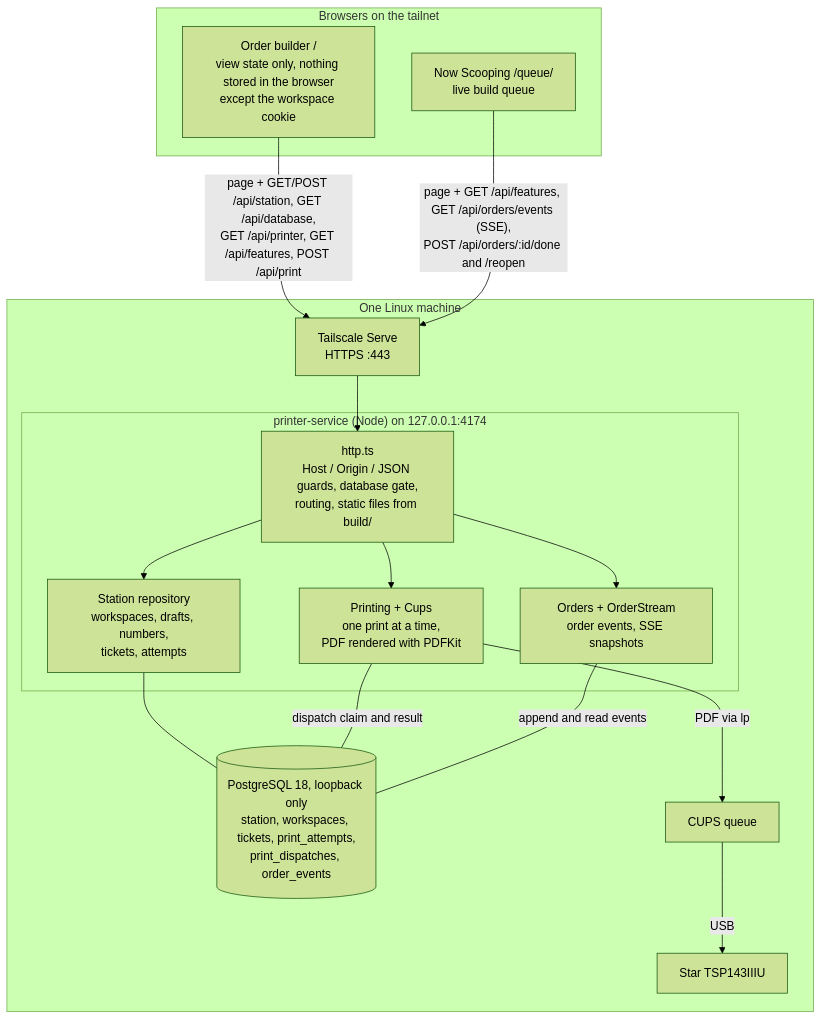
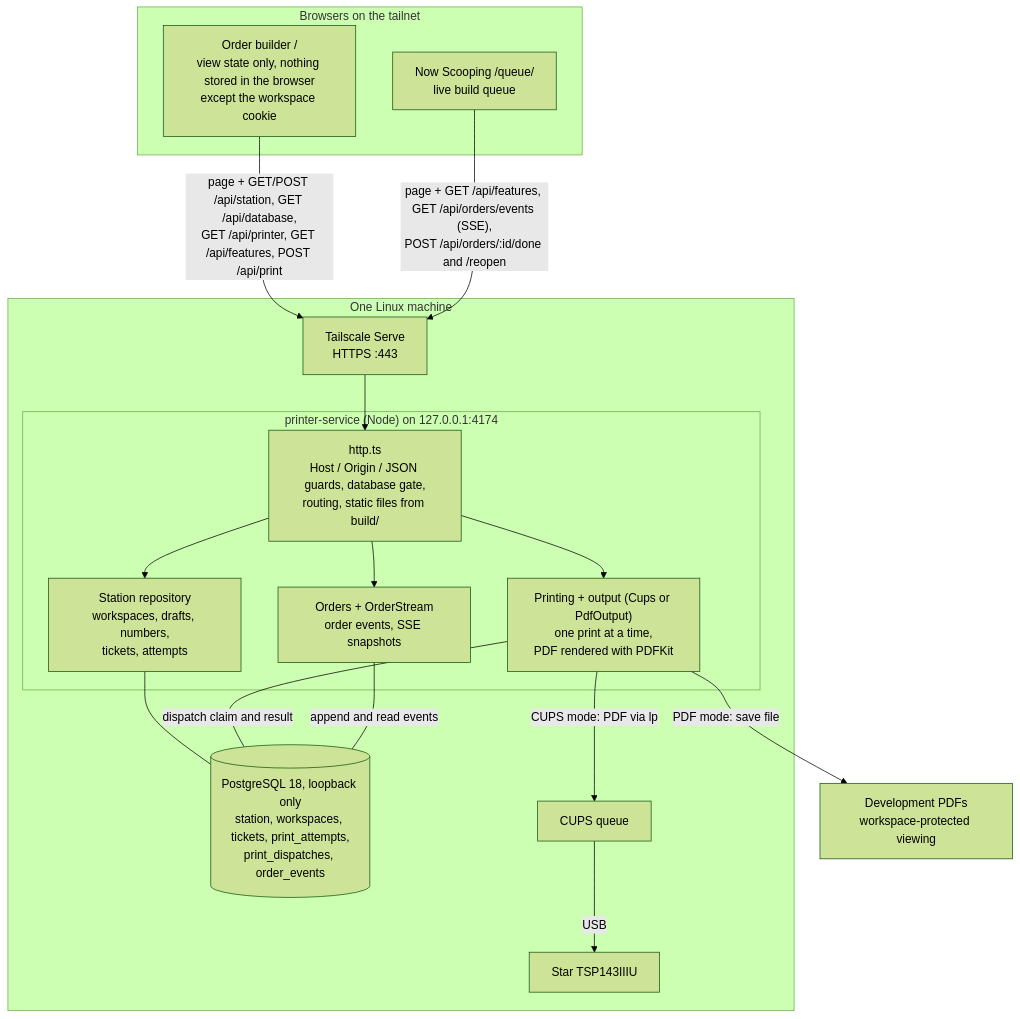
The first of 2 diagrams in README.md (castab/event-order-pad), drawn with Mermaid (forest theme) before and after one commit. The commit also changed other lines of this file and 17 other files, not shown here.

Commit message:
Add PDF-only development printing and receipt viewing (#9)

````diff
--- a/README.md
+++ b/README.md
@@ -11,30 +11,32 @@
 ```mermaid
 flowchart TB
   subgraph Devices["Browsers on the tailnet"]
     B["Order builder /<br/>view state only, nothing stored in the browser<br/>except the workspace cookie"]
     Q["Now Scooping /queue/<br/>live build queue"]
   end
   subgraph Host["One Linux machine"]
     TS["Tailscale Serve<br/>HTTPS :443"]
     subgraph Svc["printer-service (Node) on 127.0.0.1:4174"]
       H["http.ts<br/>Host / Origin / JSON guards, database gate,<br/>routing, static files from build/"]
       SR["Station repository<br/>workspaces, drafts, numbers,<br/>tickets, attempts"]
-      PR["Printing + Cups<br/>one print at a time,<br/>PDF rendered with PDFKit"]
+      PR["Printing + output (Cups or PdfOutput)<br/>one print at a time,<br/>PDF rendered with PDFKit"]
       OR["Orders + OrderStream<br/>order events, SSE snapshots"]
     end
     DB[("PostgreSQL 18, loopback only<br/>station, workspaces, tickets, print_attempts,<br/>print_dispatches, order_events")]
     C["CUPS queue"]
     P["Star TSP143IIIU"]
   end
   B -- "page + GET/POST /api/station, GET /api/database,<br/>GET /api/printer, GET /api/features, POST /api/print" --> TS
   Q -- "page + GET /api/features, GET /api/orders/events (SSE),<br/>POST /api/orders/:id/done and /reopen" --> TS
   TS --> H
   H --> SR
   H --> PR
   H --> OR
   SR --- DB
   PR -- "dispatch claim and result" --- DB
   OR -- "append and read events" --- DB
-  PR -- "PDF via lp" --> C
+  F["Development PDFs<br/>workspace-protected viewing"]
+  PR -- "PDF mode: save file" --> F
+  PR -- "CUPS mode: PDF via lp" --> C
   C -- USB --> P
 ```
````
